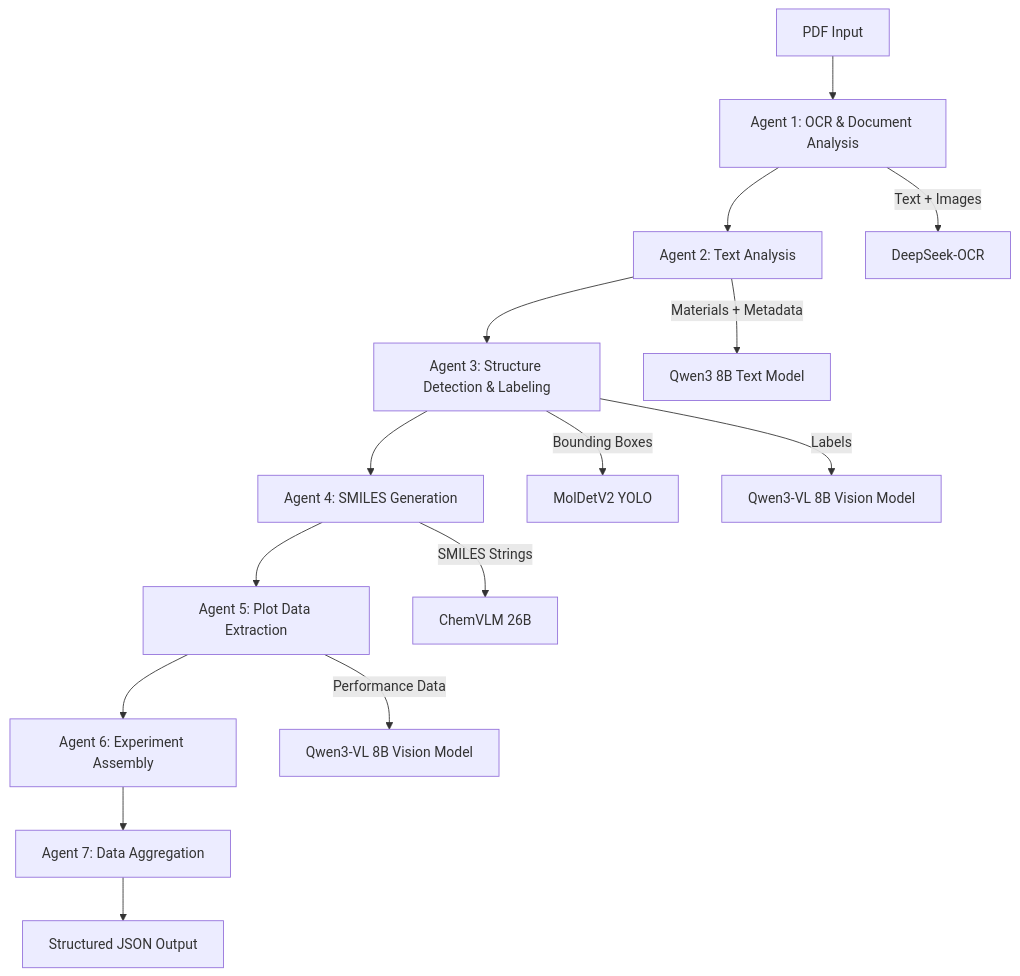
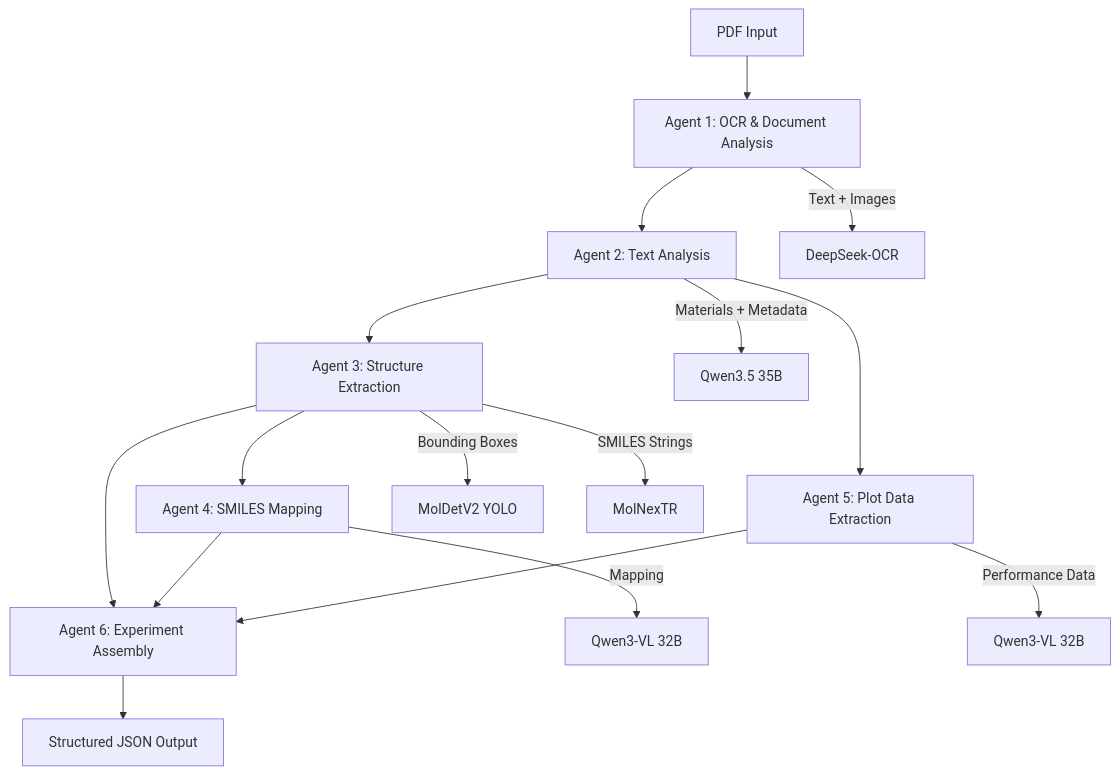
One commit to kuennethgroup/ExMatAI changed the diagram in README.md. Above: the diagram before and after it, drawn with Mermaid. The commit also changed other lines of this file and 37 other files, not shown here.

````diff
--- a/README.md
+++ b/README.md
@@ -16,17 +13,18 @@
 ```mermaid
 graph TD;
     A[PDF Input] --> B[Agent 1: OCR & Document Analysis];
     B --> C[Agent 2: Text Analysis];
-    C --> D[Agent 3: Structure Detection & Labeling];
-    D --> E[Agent 4: SMILES Generation];
-    E --> F[Agent 5: Plot Data Extraction];
-    F --> G[Agent 6: Experiment Assembly];
-    G --> H[Agent 7: Data Aggregation];
-    H --> I[Structured JSON Output];
+    C --> D[Agent 3: Structure Extraction];
+    D --> E[Agent 4: SMILES Mapping];
+    C --> F[Agent 5: Plot Data Extraction];
+    D --> G[Agent 6: Experiment Assembly];
+    E --> G;
+    F --> G;
+    G --> H[Structured JSON Output];
     B -->|Text + Images| B1[DeepSeek-OCR];
-    C -->|Materials + Metadata| C1[Qwen3 8B Text Model];
+    C -->|Materials + Metadata| C1[Qwen3.5 35B];
     D -->|Bounding Boxes| D1[MolDetV2 YOLO];
-    D -->|Labels| D2[Qwen3-VL 8B Vision Model];
-    E -->|SMILES Strings| E1[ChemVLM 26B];
-    F -->|Performance Data| F1[Qwen3-VL 8B Vision Model];
+    D -->|SMILES Strings| D2[MolNexTR];
+    E -->|Mapping| E1[Qwen3-VL 32B];
+    F -->|Performance Data| F1[Qwen3-VL 32B];
 ```
````
